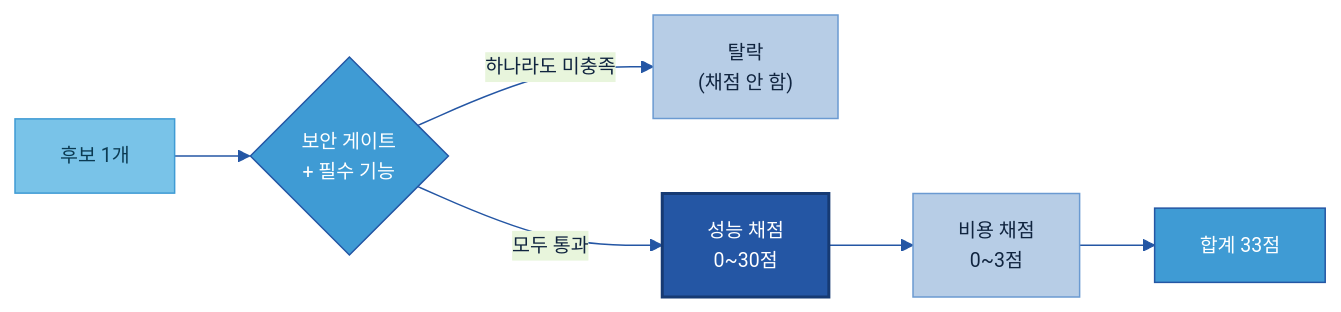
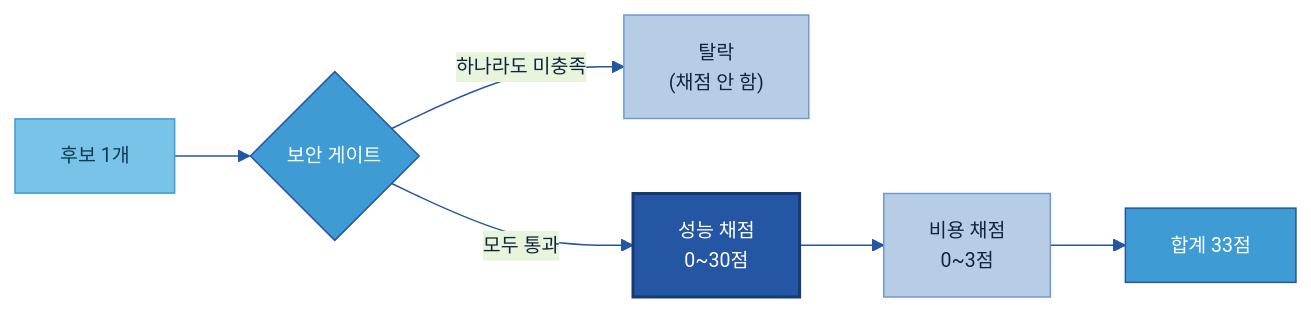
One commit to jin-kearney/ai-ready-data-manual changed the third of 6 diagrams in Tech Player/04 Player 평가 실행안 (조사·보안·성능·비용·추천).md. Above: the diagram before and after it, drawn with Mermaid. The commit also changed other lines of this file and 2 other files, not shown here.

First line of the commit message:
docs(Tech Player 04): 필수 기능 게이트 제거 (04=AXC 구조: 보안→성능→비용)

````diff
--- a/Tech Player/04 Player 평가 실행안 (조사·보안·성능·비용·추천).md
+++ b/Tech Player/04 Player 평가 실행안 (조사·보안·성능·비용·추천).md
@@ -131,13 +131,13 @@
 ```mermaid
 %%{init: {'theme':'base','themeVariables':{'primaryColor':'#DCE8F5','primaryBorderColor':'#2456A4','primaryTextColor':'#10243f','lineColor':'#2456A4','fontSize':'13px'}}}%%
 flowchart LR
-    IN["후보 1개"]:::src --> SEC{"보안 게이트<br/>+ 필수 기능"}:::gate
+    IN["후보 1개"]:::src --> SEC{"보안 게이트"}:::gate
     SEC -->|하나라도 미충족| X["탈락<br/>(채점 안 함)"]:::n
     SEC -->|모두 통과| P["성능 채점<br/>0~30점"]:::cat
     P --> C["비용 채점<br/>0~3점"]:::n
     C --> SUM["합계 33점"]:::gate
     classDef n fill:#B7CDE6,stroke:#6B9AD1,color:#10243f;
     classDef src fill:#79C3E8,stroke:#3F9BD4,color:#0b3a52;
     classDef cat fill:#2456A4,color:#fff,stroke:#163a73,stroke-width:2px;
     classDef gate fill:#3F9BD4,stroke:#2456A4,color:#fff;
 ```
````
